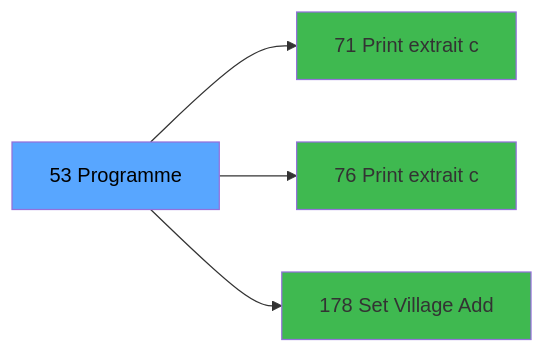
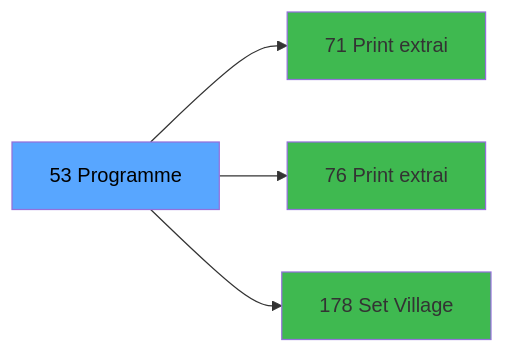
Before and after one commit to thonyAGP/magic-migration: the third of 3 diagrams in .openspec/specs/ADH-IDE-53.md, drawn with Mermaid. The commit also changed other lines of this file and 323 other files, not shown here.

````diff
--- a/.openspec/specs/ADH-IDE-53.md
+++ b/.openspec/specs/ADH-IDE-53.md
@@ -118,14 +125,14 @@
 ```mermaid
 graph LR
     T[53 Programme]
-    C71[71 Print extrait c]
+    C71[71 Print extrai]
     T --> C71
-    C76[76 Print extrait c]
+    C76[76 Print extrai]
     T --> C76
-    C178[178 Set Village Add]
+    C178[178 Set Village ]
     T --> C178
     style T fill:#58a6ff,color:#000
     style C71 fill:#3fb950
     style C76 fill:#3fb950
     style C178 fill:#3fb950
 ```
````
